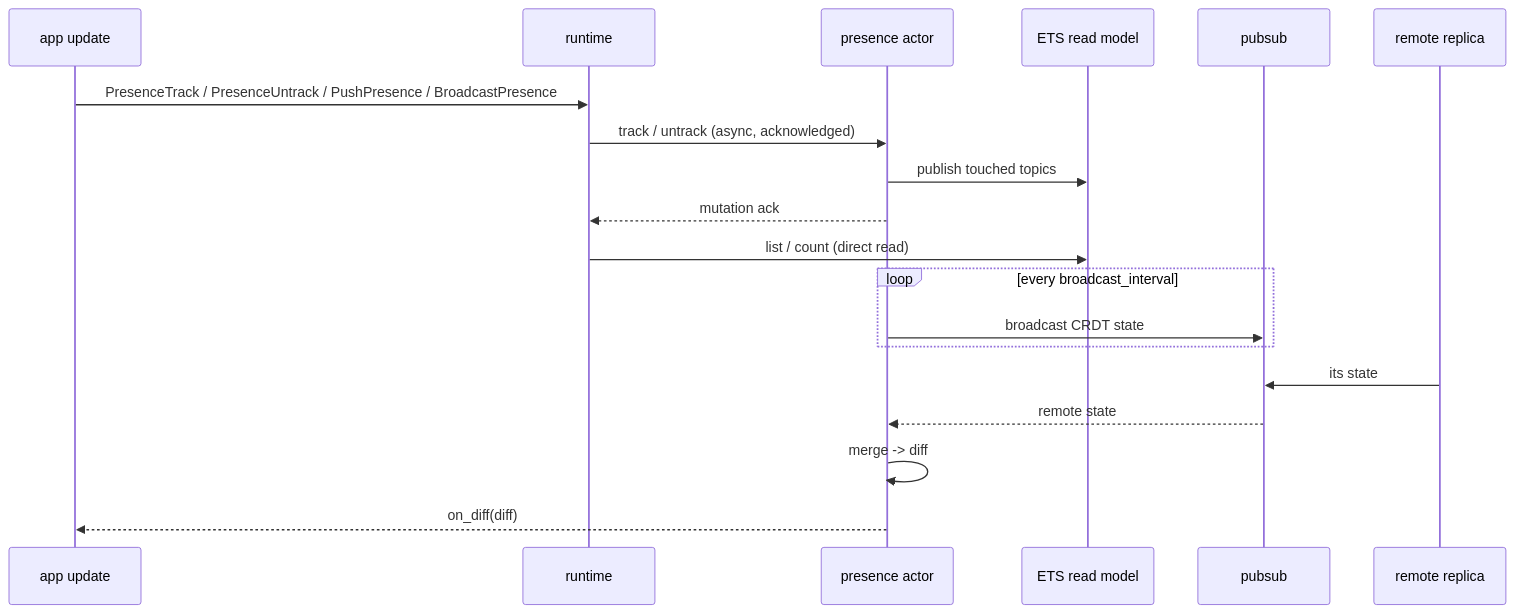
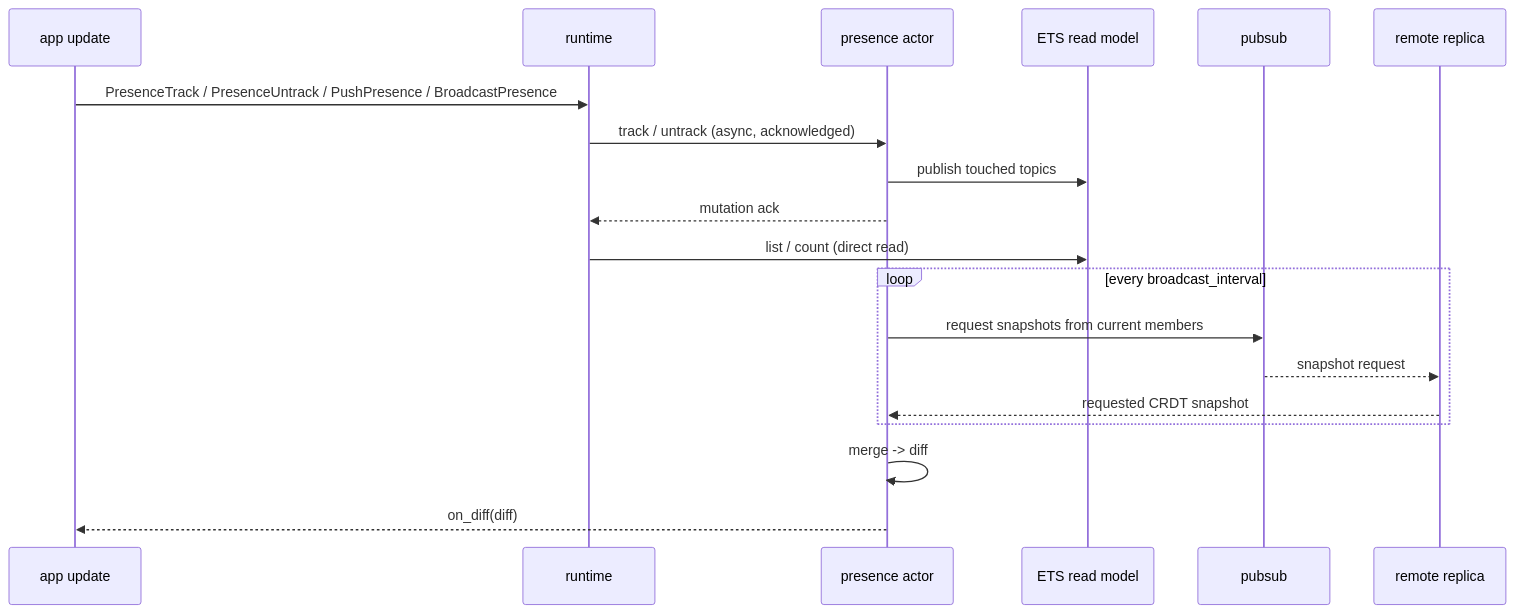
One commit to tylerbutler/beryl changed the diagram in website/src/content/docs/architecture/presence.md. Above: the diagram before and after it, drawn with Mermaid. The commit also changed other lines of this file and 9 other files, not shown here.

````diff
--- a/website/src/content/docs/architecture/presence.md
+++ b/website/src/content/docs/architecture/presence.md
@@ -119,21 +134,21 @@
 ```mermaid
 sequenceDiagram
   participant App as app update
   participant Runtime as runtime
   participant Pres as presence actor
   participant Read as ETS read model
   participant PS as pubsub
   participant Remote as remote replica
   App->>Runtime: PresenceTrack / PresenceUntrack / PushPresence / BroadcastPresence
   Runtime->>Pres: track / untrack (async, acknowledged)
   Pres->>Read: publish touched topics
   Pres-->>Runtime: mutation ack
   Runtime->>Read: list / count (direct read)
   loop every broadcast_interval
-    Pres->>PS: broadcast CRDT state
+    Pres->>PS: request snapshots from current members
+    PS-->>Remote: snapshot request
+    Remote-->>Pres: requested CRDT snapshot
   end
-  Remote->>PS: its state
-  PS-->>Pres: remote state
   Pres->>Pres: merge -> diff
   Pres-->>App: on_diff(diff)
 ```
````
